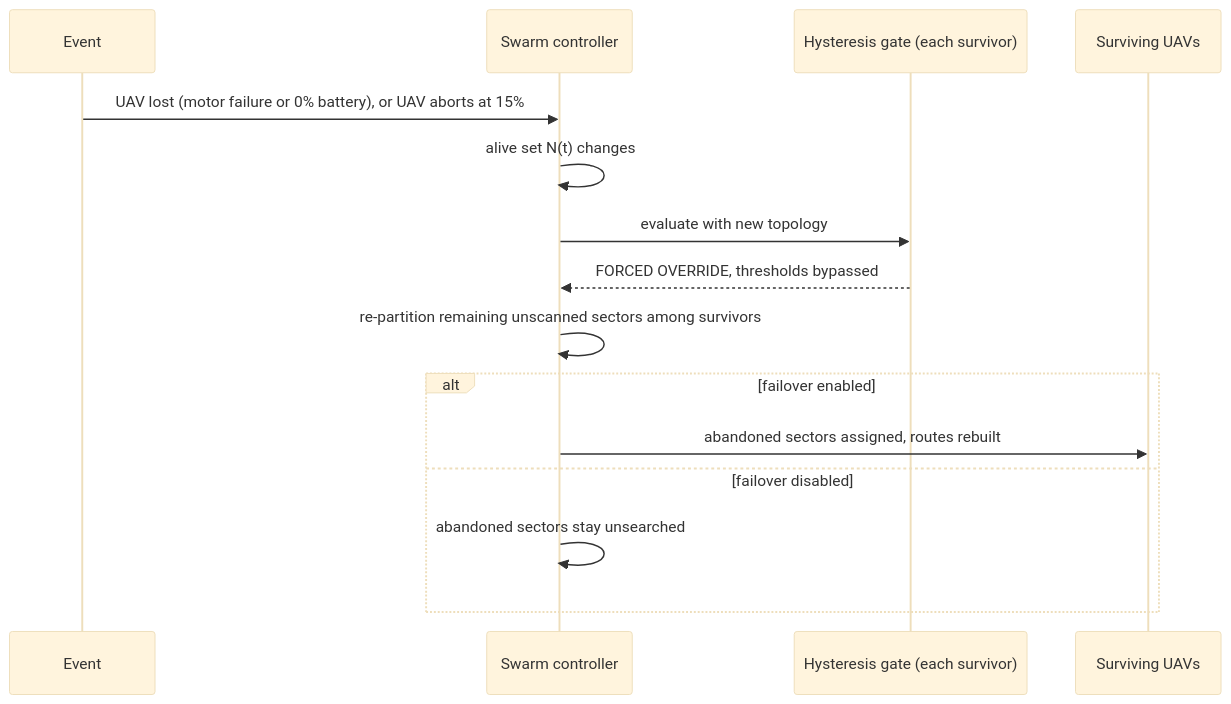
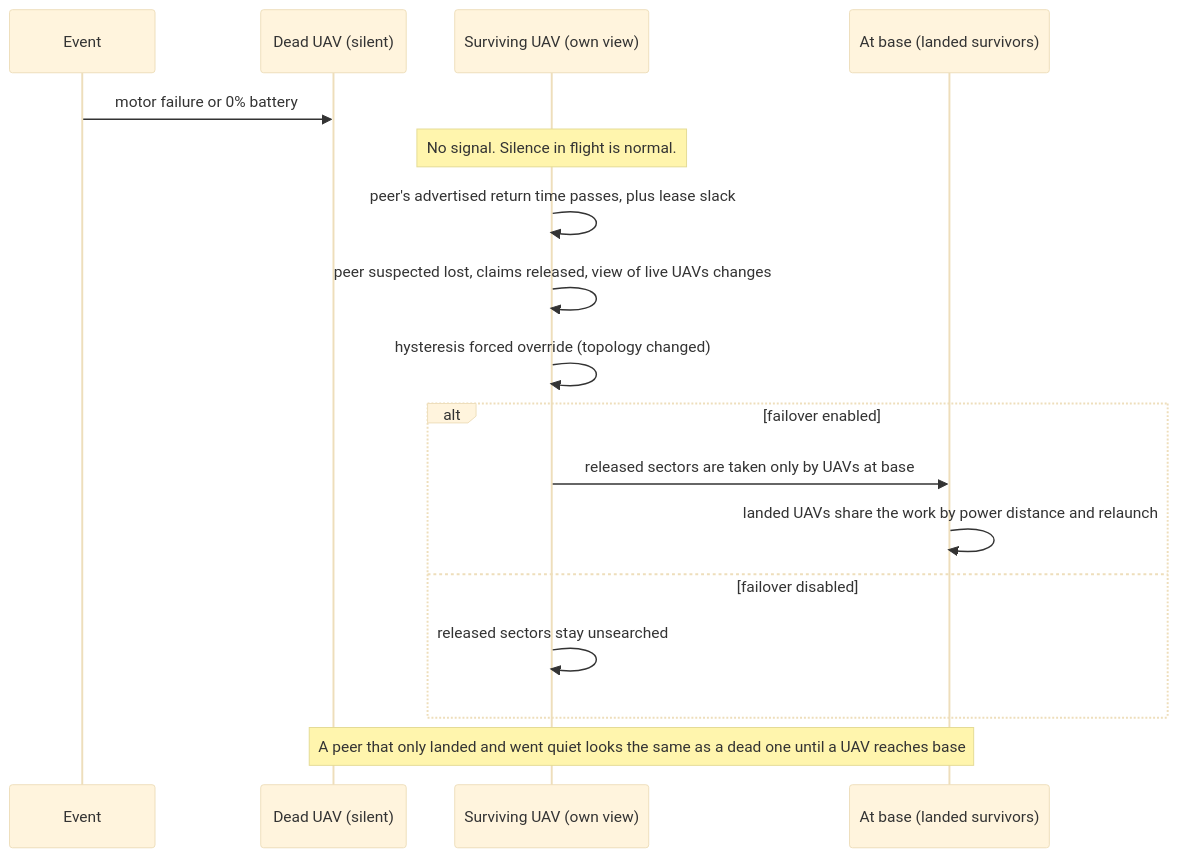
Before and after one commit to CodeWithDevesh/FlyNetSim: the seventh of 9 diagrams in docs/ARCHITECTURE_PROPOSAL.md, drawn with Mermaid (base theme). The commit also changed other lines of this file and 17 other files, not shown here.

First line of the commit message:
feat: decentralize swarm control (per-UAV views, beacons, claims, lease-based failover) and add store-carry-forward alert relaying

````diff
--- a/docs/ARCHITECTURE_PROPOSAL.md
+++ b/docs/ARCHITECTURE_PROPOSAL.md
@@ -191,18 +194,20 @@
 ```mermaid
 sequenceDiagram
   participant E as Event
-  participant S as Swarm controller
-  participant H as Hysteresis gate (each survivor)
-  participant D as Surviving UAVs
+  participant D as Dead UAV (silent)
+  participant S as Surviving UAV (own view)
+  participant B as At base (landed survivors)
 
-  E->>S: UAV lost (motor failure or 0% battery), or UAV aborts at 15%
-  S->>S: alive set N(t) changes
-  S->>H: evaluate with new topology
-  H-->>S: FORCED OVERRIDE, thresholds bypassed
-  S->>S: re-partition remaining unscanned sectors among survivors
+  E->>D: motor failure or 0% battery
+  Note over S: No signal. Silence in flight is normal.
+  S->>S: peer's advertised return time passes, plus lease slack
+  S->>S: peer suspected lost, claims released, view of live UAVs changes
+  S->>S: hysteresis forced override (topology changed)
   alt failover enabled
-    S->>D: abandoned sectors assigned, routes rebuilt
+    S->>B: released sectors are taken only by UAVs at base
+    B->>B: landed UAVs share the work by power distance and relaunch
   else failover disabled
-    S->>S: abandoned sectors stay unsearched
+    S->>S: released sectors stay unsearched
   end
+  Note over D,B: A peer that only landed and went quiet looks the same as a dead one until a UAV reaches base
 ```
````
